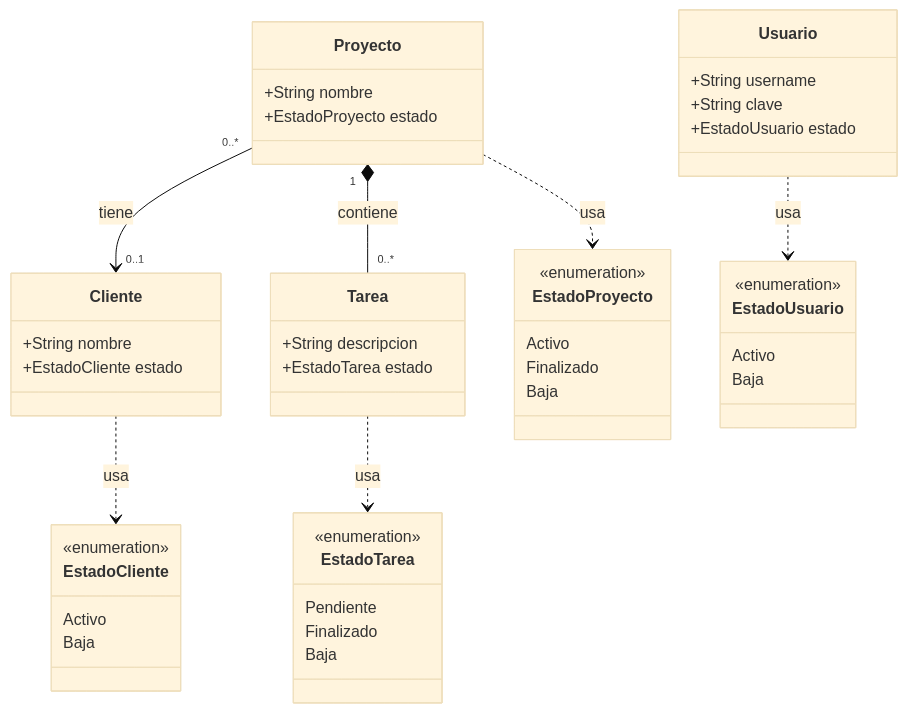
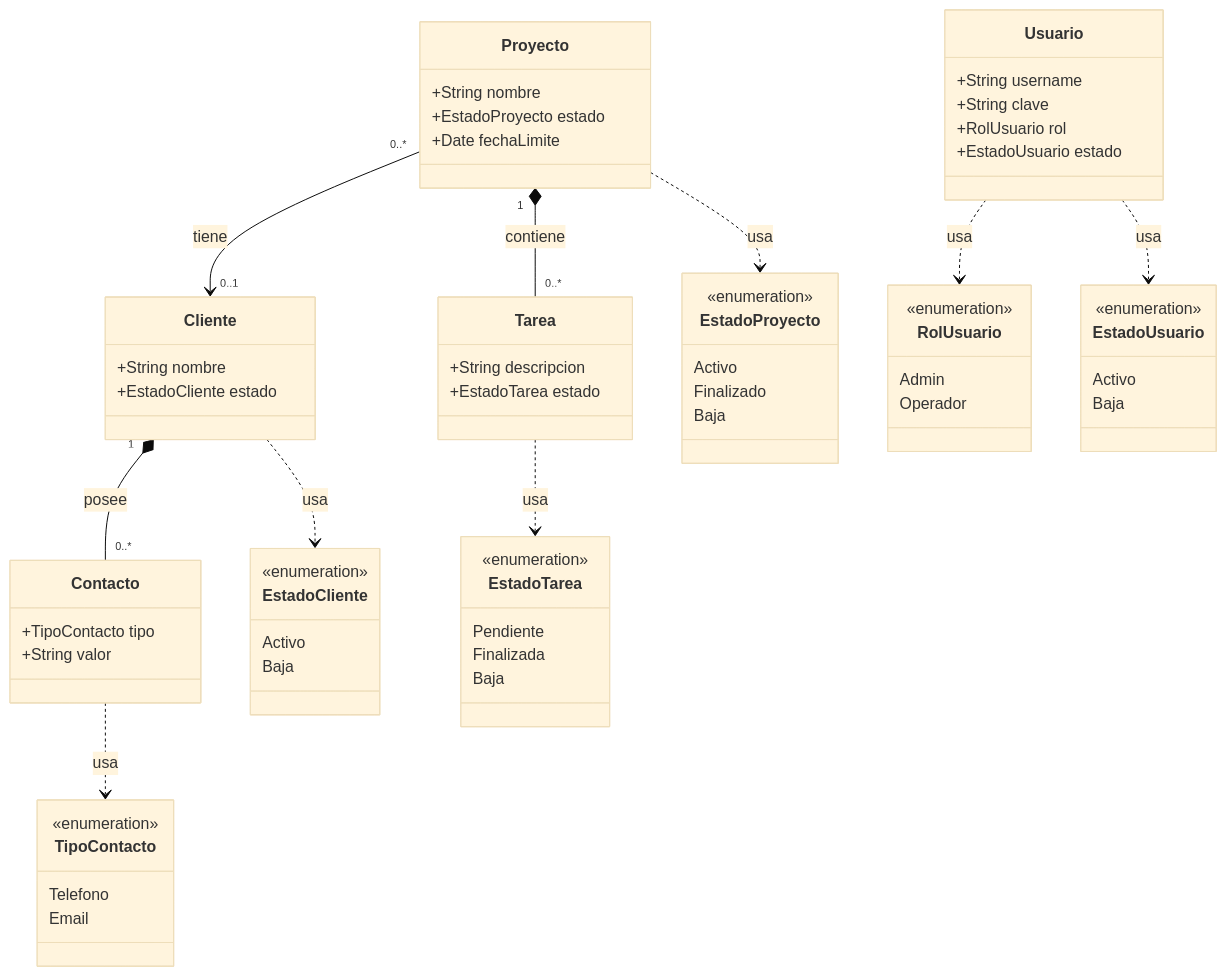
One commit to walterfrias/integrador_des_app_web changed the diagram in ingenieria/modeloConceptual/diagramaClases.md. Above: the diagram before and after it, drawn with Mermaid (base theme). The commit also changed other lines of this file and 5 other files, not shown here.

````diff
--- a/ingenieria/modeloConceptual/diagramaClases.md
+++ b/ingenieria/modeloConceptual/diagramaClases.md
@@ -17,48 +17,67 @@
 ```mermaid
 classDiagram
     class Usuario {
         +String username
         +String clave
+        +RolUsuario rol
         +EstadoUsuario estado
     }
     class Proyecto {
         +String nombre
         +EstadoProyecto estado
+        +Date fechaLimite
     }
     class Cliente {
         +String nombre
         +EstadoCliente estado
     }
     class Tarea {
         +String descripcion
         +EstadoTarea estado
+    }
+    class Contacto {
+        +TipoContacto tipo
+        +String valor
+    }
+    class RolUsuario {
+        <<enumeration>>
+        Admin
+        Operador
     }
     class EstadoUsuario {
         <<enumeration>>
         Activo
         Baja
     }
     class EstadoProyecto {
         <<enumeration>>
         Activo
         Finalizado
         Baja
     }
     class EstadoCliente {
         <<enumeration>>
         Activo
         Baja
     }
     class EstadoTarea {
         <<enumeration>>
         Pendiente
-        Finalizado
+        Finalizada
         Baja
+    }
+    class TipoContacto {
+        <<enumeration>>
+        Telefono
+        Email
     }
     Proyecto "0..*" --> "0..1" Cliente : tiene
     Proyecto "1" *-- "0..*" Tarea : contiene
+    Cliente "1" *-- "0..*" Contacto : posee
+    Usuario ..> RolUsuario : usa
     Usuario ..> EstadoUsuario : usa
     Proyecto ..> EstadoProyecto : usa
     Cliente ..> EstadoCliente : usa
     Tarea ..> EstadoTarea : usa
+    Contacto ..> TipoContacto : usa
 ```
````
